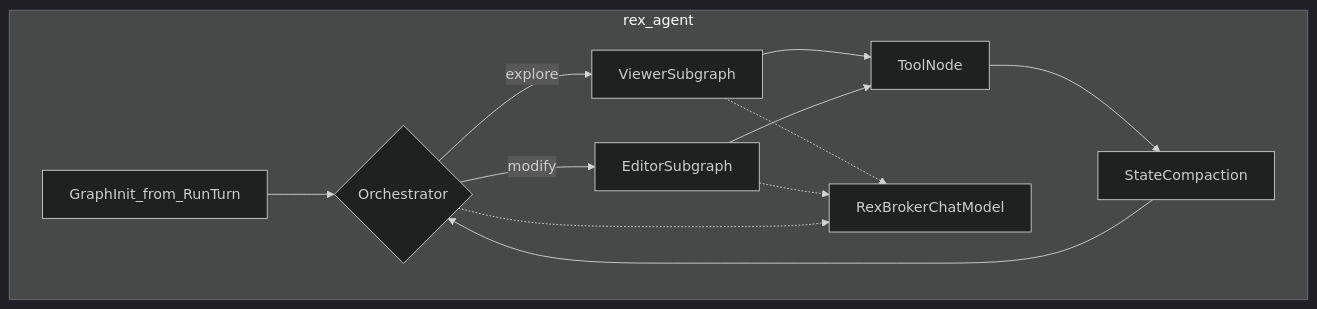
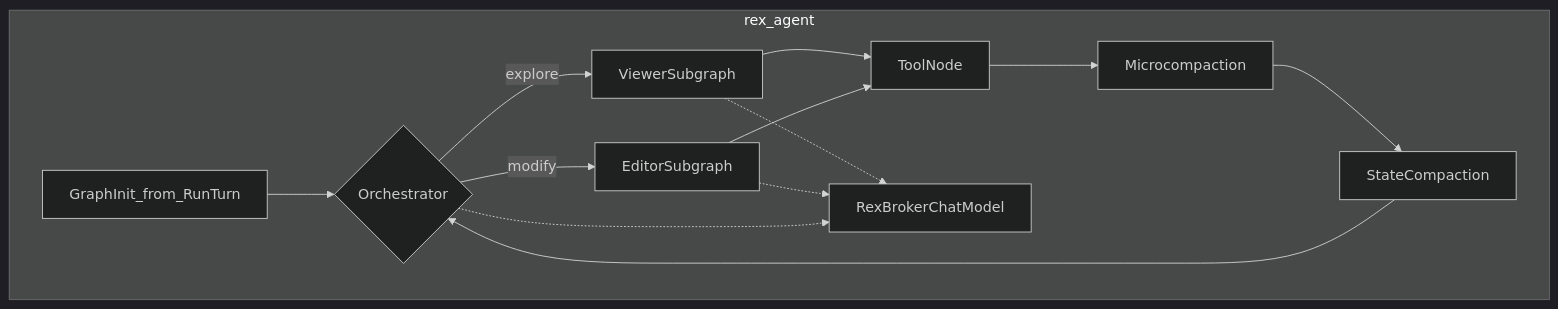
Before and after one commit to thsfranca/rex: the second of 2 diagrams in docs/AGENT_GRAPH_ARCHITECTURE.md, drawn with Mermaid (dark theme). The commit also changed other lines of this file and 13 other files, not shown here.

````diff
--- a/docs/AGENT_GRAPH_ARCHITECTURE.md
+++ b/docs/AGENT_GRAPH_ARCHITECTURE.md
@@ -72,22 +153,24 @@
 ```mermaid
 flowchart TB
   subgraph sidecar [rex_agent]
     Init[GraphInit_from_RunTurn]
     Orch{Orchestrator}
     Viewer[ViewerSubgraph]
     Editor[EditorSubgraph]
     Compact[StateCompaction]
+    Micro[Microcompaction]
     ToolNode[ToolNode]
     LLM[RexBrokerChatModel]
     Init --> Orch
     Orch -->|explore| Viewer
     Orch -->|modify| Editor
     Viewer --> ToolNode
     Editor --> ToolNode
-    ToolNode --> Compact
+    ToolNode --> Micro
+    Micro --> Compact
     Compact --> Orch
     Viewer -.-> LLM
     Editor -.-> LLM
     Orch -.-> LLM
   end
 ```
````
